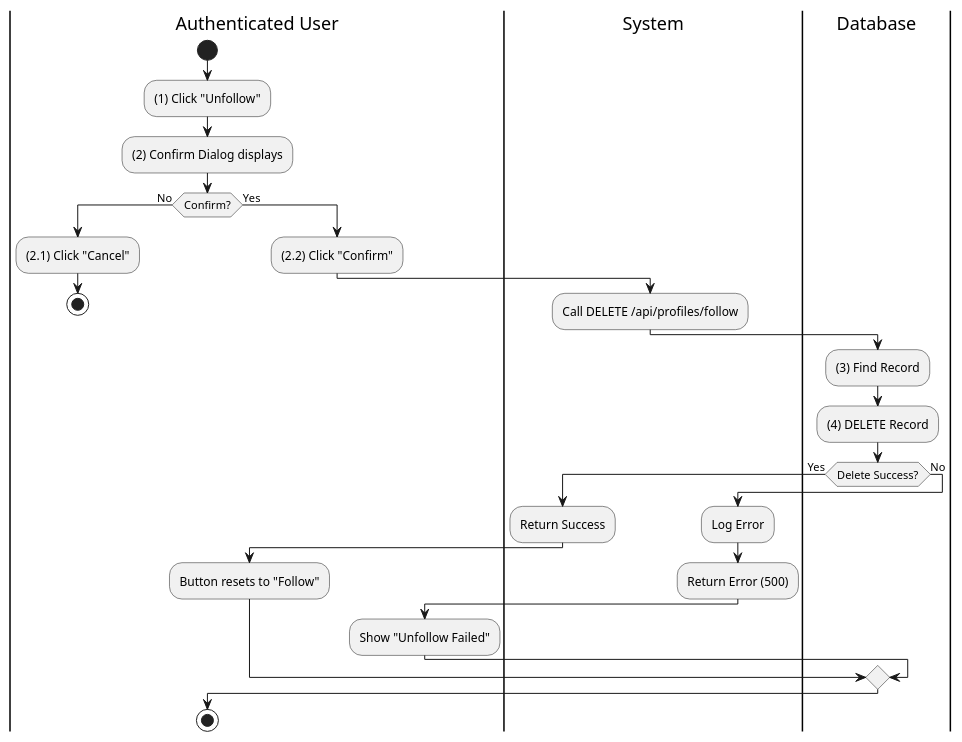
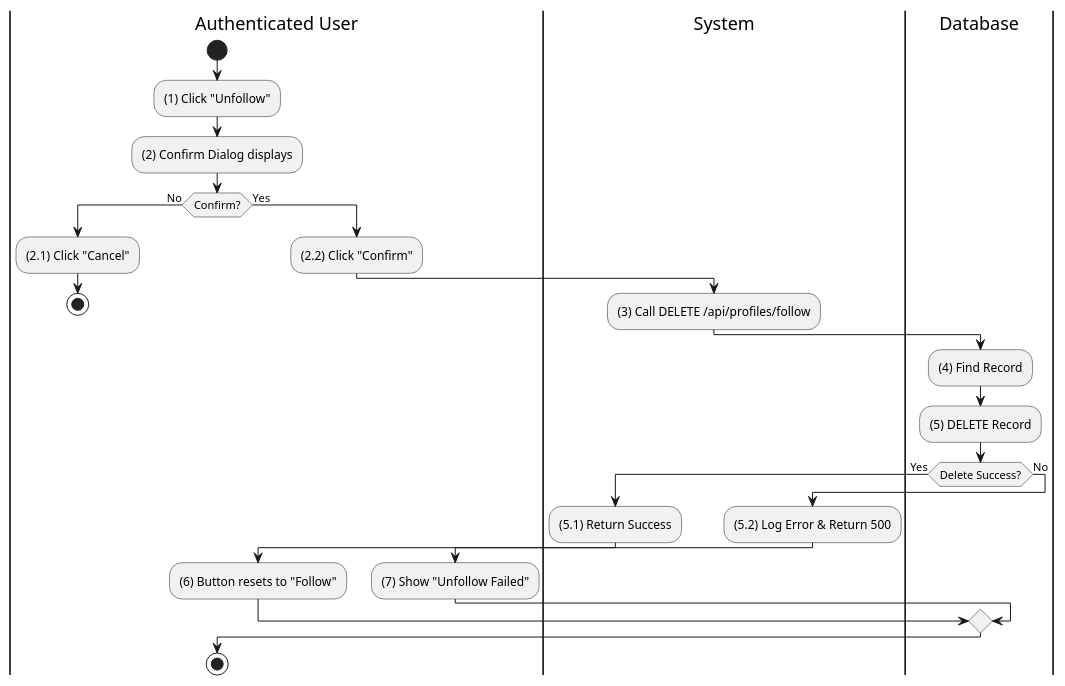
Before and after one commit to I-Love-U-3000/Favi-BE: the fifth of 14 diagrams in UC_2.1.6_Adjust_Friend.md, drawn with PlantUML. The commit also changed other lines of this file and 36 other files, not shown here.

````diff
--- a/UC_2.1.6_Adjust_Friend.md
+++ b/UC_2.1.6_Adjust_Friend.md
@@ -272,33 +217,32 @@
 ```plantuml
 @startuml
 |Authenticated User|
 start
 :(1) Click "Unfollow";
 :(2) Confirm Dialog displays;
 if (Confirm?) then (No)
   :(2.1) Click "Cancel";
   stop
 else (Yes)
   |Authenticated User|
   :(2.2) Click "Confirm";
   |System|
-  :Call DELETE /api/profiles/follow;
+  :(3) Call DELETE /api/profiles/follow;
   |Database|
-  :(3) Find Record;
-  :(4) DELETE Record;
+  :(4) Find Record;
+  :(5) DELETE Record;
   if (Delete Success?) then (Yes)
       |System|
-      :Return Success;
+      :(5.1) Return Success;
       |Authenticated User|
-      :Button resets to "Follow";
+      :(6) Button resets to "Follow";
   else (No)
       |System|
-      :Log Error;
-      :Return Error (500);
+      :(5.2) Log Error & Return 500;
       |Authenticated User|
-      :Show "Unfollow Failed";
+      :(7) Show "Unfollow Failed";
   endif
 endif
 stop
 @enduml
 ```
````
